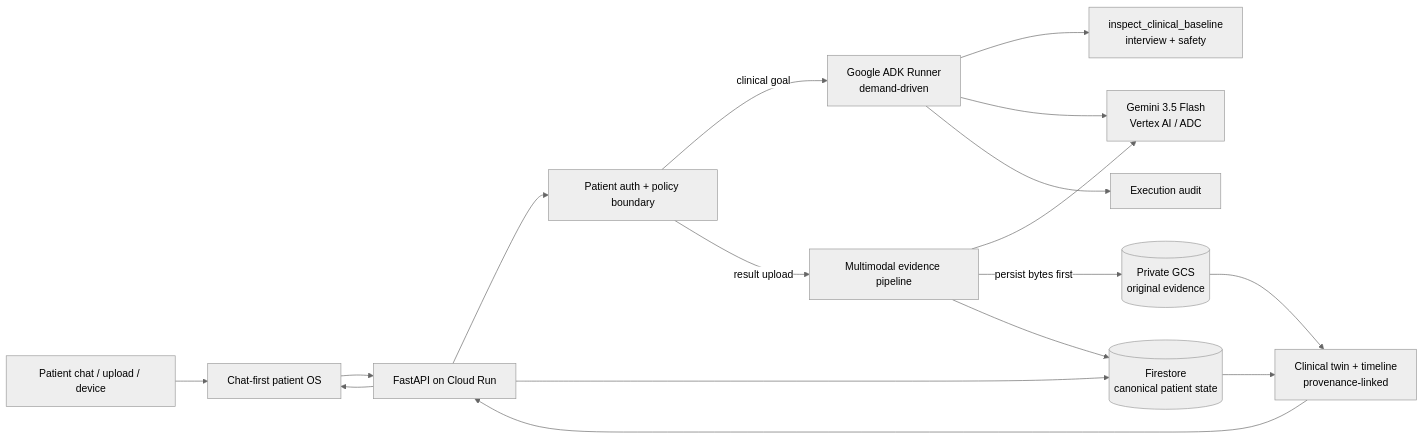
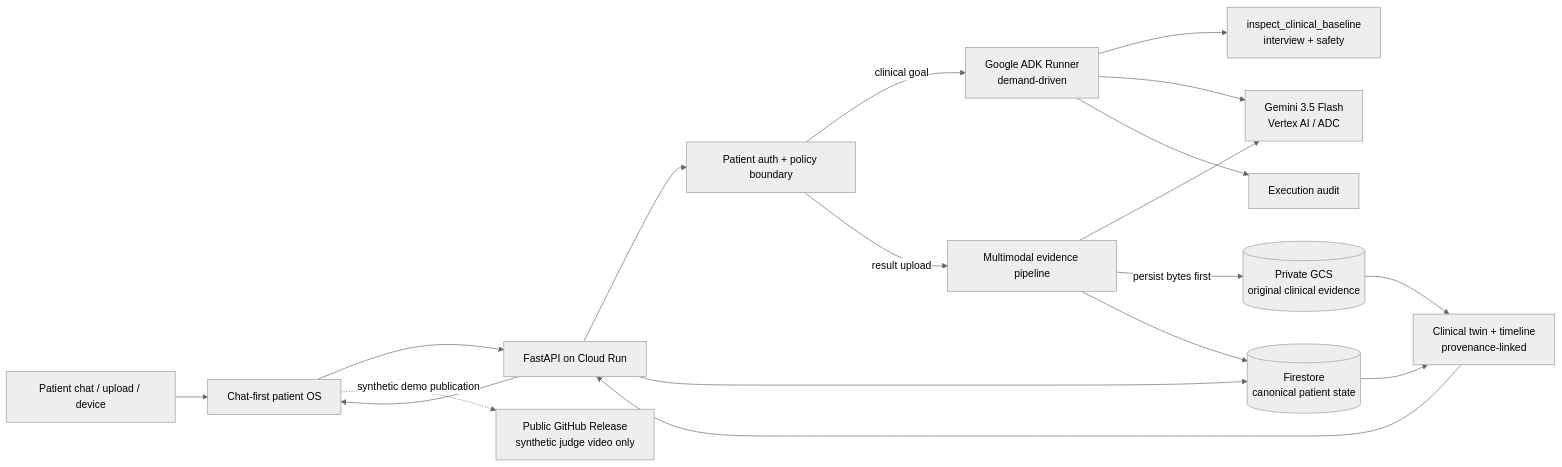
The first of 2 diagrams in docs/ARCHITECTURE.md (arisnachy/healthia-one), drawn with Mermaid (neutral theme) before and after one commit. The commit also changed other lines of this file, not shown here.

Commit message:
docs: align architecture with public-video proof and 100 score boundary

````diff
--- a/docs/ARCHITECTURE.md
+++ b/docs/ARCHITECTURE.md
@@ -5,27 +5,29 @@
 ```mermaid
 flowchart LR
     P[Patient chat / upload / device]
     UI[Chat-first patient OS]
     RUN[FastAPI on Cloud Run]
     AUTH[Patient auth + policy boundary]
     ADK[Google ADK Runner\ndemand-driven]
     BASE[inspect_clinical_baseline\ninterview + safety]
     VTX[Gemini 3.5 Flash\nVertex AI / ADC]
     MM[Multimodal evidence pipeline]
     FS[(Firestore\ncanonical patient state)]
-    GCS[(Private GCS\noriginal evidence)]
+    GCS[(Private GCS\noriginal clinical evidence)]
     TWIN[Clinical twin + timeline\nprovenance-linked]
     AUDIT[Execution audit]
+    VIDEO[Public GitHub Release\nsynthetic judge video only]
 
     P --> UI --> RUN --> AUTH
     AUTH -->|clinical goal| ADK --> BASE
     ADK --> VTX
     AUTH -->|result upload| MM --> VTX
     MM -->|persist bytes first| GCS
     RUN --> FS
     MM --> FS
     FS --> TWIN
     GCS --> TWIN
     ADK --> AUDIT
     TWIN --> RUN --> UI
+    UI -. synthetic demo publication .-> VIDEO
 ```
````
